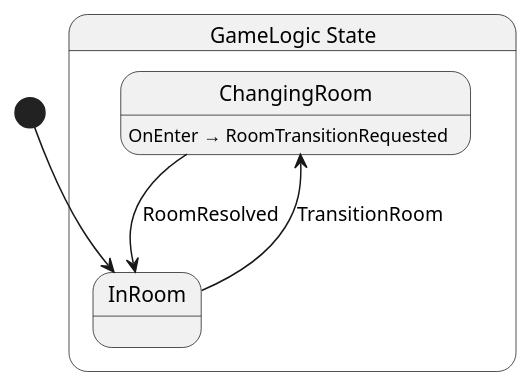
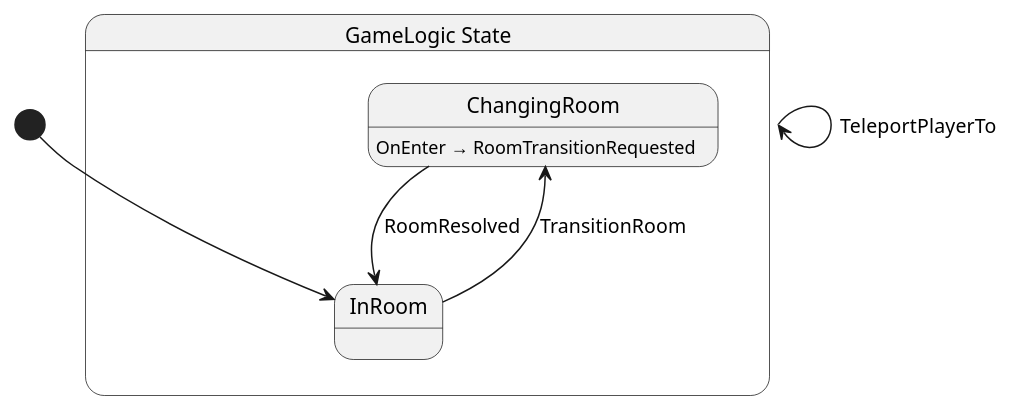
Before and after one commit to nilsiker/godot-wild-jam-77: the diagram in src/game/state/GameLogic.g.puml, drawn with PlantUML. The commit also changed 23 other files, not shown here.

```diff
--- a/src/game/state/GameLogic.g.puml
+++ b/src/game/state/GameLogic.g.puml
@@ -1,13 +1,14 @@
 @startuml GameLogic
 state "GameLogic State" as Nevergreen_GameLogic_State {
   state "ChangingRoom" as Nevergreen_GameLogic_State_ChangingRoom
   state "InRoom" as Nevergreen_GameLogic_State_InRoom
 }
 
+Nevergreen_GameLogic_State --> Nevergreen_GameLogic_State : TeleportPlayerTo
 Nevergreen_GameLogic_State_ChangingRoom --> Nevergreen_GameLogic_State_InRoom : RoomResolved
 Nevergreen_GameLogic_State_InRoom --> Nevergreen_GameLogic_State_ChangingRoom : TransitionRoom
 
 Nevergreen_GameLogic_State_ChangingRoom : OnEnter → RoomTransitionRequested
 
 [*] --> Nevergreen_GameLogic_State_InRoom
 @enduml
```
